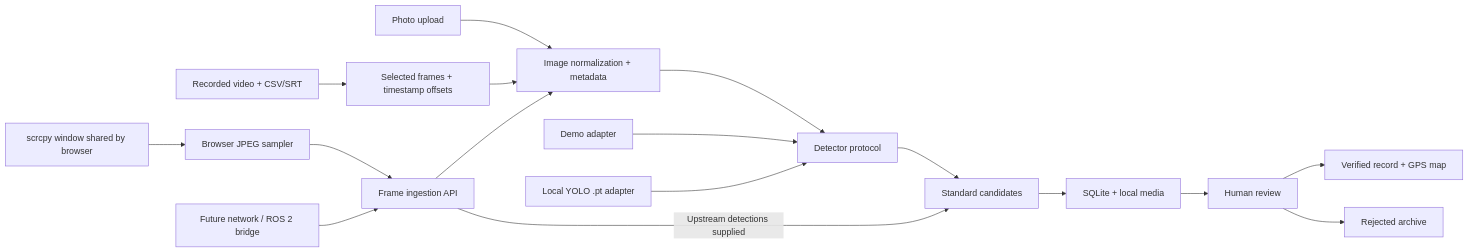
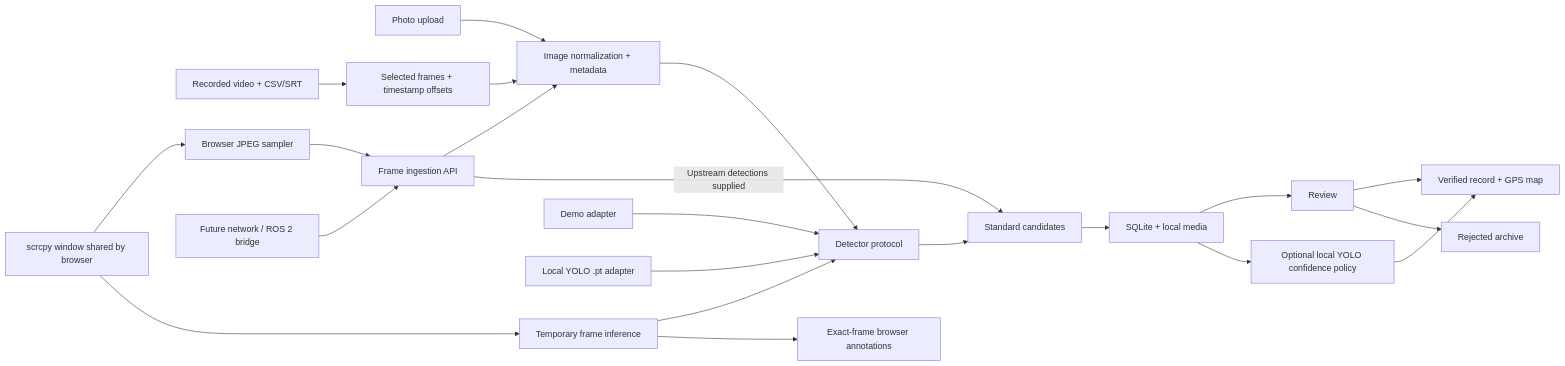
One commit to DuckboiNinja/BoxTurtles changed the diagram in dashboard/docs/ARCHITECTURE.md. Above: the diagram before and after it, drawn with Mermaid. The commit also changed other lines of this file and 22 other files, not shown here.

First line of the commit message:
Add live YOLO annotations and audited automatic acceptance

````diff
--- a/dashboard/docs/ARCHITECTURE.md
+++ b/dashboard/docs/ARCHITECTURE.md
@@ -3,19 +3,24 @@
 ```mermaid
 flowchart LR
   Photos[Photo upload] --> Normalize[Image normalization + metadata]
   Video[Recorded video + CSV/SRT] --> Frames[Selected frames + timestamp offsets]
   Frames --> Normalize
   Scrcpy[scrcpy window shared by browser] --> Sampler[Browser JPEG sampler]
   Sampler --> Ingest
+  Scrcpy --> LiveInference[Temporary frame inference]
+  LiveInference --> Engine
+  LiveInference --> Annotated[Exact-frame browser annotations]
   Future[Future network / ROS 2 bridge] --> Ingest[Frame ingestion API]
   Ingest --> Normalize
   Normalize --> Engine[Detector protocol]
   Demo[Demo adapter] --> Engine
   YOLO[Local YOLO .pt adapter] --> Engine
   Engine --> Candidates[Standard candidates]
   Ingest -->|Upstream detections supplied| Candidates
   Candidates --> Storage[SQLite + local media]
-  Storage --> Review[Human review]
+  Storage --> Review[Review]
+  Storage --> AutoAccept[Optional local YOLO confidence policy]
+  AutoAccept --> Verified
   Review --> Verified[Verified record + GPS map]
   Review --> Archive[Rejected archive]
 ```
````
